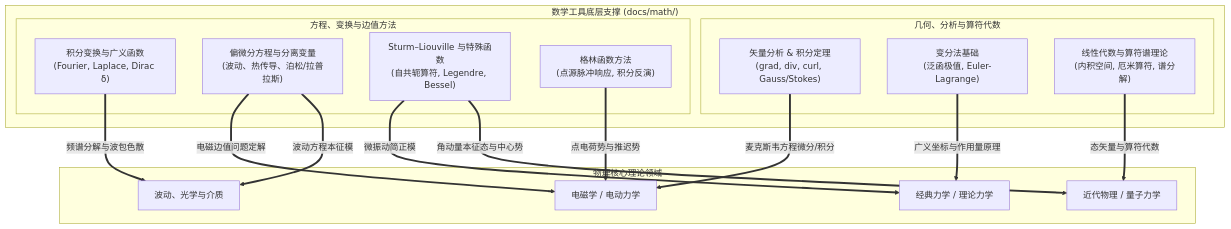
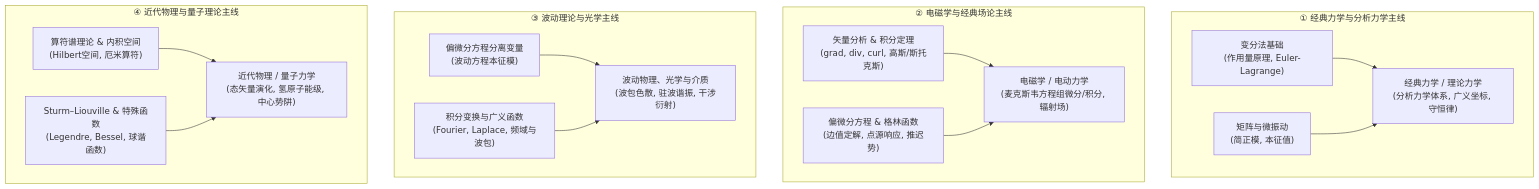
One commit to Physics-Learning-Wiki/Physics-Learning-Wiki changed the diagram in docs/math/index.md. Above: the diagram before and after it, drawn with Mermaid. The commit also changed 3 other files, not shown here.

Commit message:
feat(ui): 增加Mermaid图表响应式支持及滚动条样式

````diff
--- a/docs/math/index.md
+++ b/docs/math/index.md
@@ -22,34 +22,26 @@
 ```mermaid
 flowchart TD
-    subgraph MathCore ["数学工具底层支撑 (docs/math/)"]
-        subgraph Col1 ["几何、分析与算符代数"]
-            M1["矢量分析 & 积分定理<br/>(grad, div, curl, Gauss/Stokes)"]
-            M2["变分法基础<br/>(泛函极值, Euler-Lagrange)"]
-            M6["线性代数与算符谱理论<br/>(内积空间, 厄米算符, 谱分解)"]
-        end
-
-        subgraph Col2 ["方程、变换与边值方法"]
-            M3["积分变换与广义函数<br/>(Fourier, Laplace, Dirac δ)"]
-            M4["偏微分方程与分离变量<br/>(波动、热传导、泊松/拉普拉斯)"]
-            M5["Sturm–Liouville 与特殊函数<br/>(自共轭算符, Legendre, Bessel)"]
-            M7["格林函数方法<br/>(点源脉冲响应, 积分反演)"]
-        end
+    subgraph T1 ["① 经典力学与分析力学主线"]
+        direction LR
+        M1["变分法基础<br/>(作用量原理, Euler-Lagrange)"] --> P1["经典力学 / 理论力学<br/>(分析力学体系, 广义坐标, 守恒律)"]
+        M2["矩阵与微振动<br/>(简正模, 本征值)"] --> P1
     end
 
-    subgraph PhysicsCore ["物理核心理论领域"]
-        P1["经典力学 / 理论力学"]
-        P2["电磁学 / 电动力学"]
-        P3["波动、光学与介质"]
-        P4["近代物理 / 量子力学"]
+    subgraph T2 ["② 电磁学与经典场论主线"]
+        direction LR
+        M3["矢量分析 & 积分定理<br/>(grad, div, curl, 高斯/斯托克斯)"] --> P2["电磁学 / 电动力学<br/>(麦克斯韦方程组微分/积分, 辐射场)"]
+        M4["偏微分方程 & 格林函数<br/>(边值定解, 点源响应, 推迟势)"] --> P2
     end
 
-    M2 ==>|"广义坐标与作用量原理"| P1
-    M5 ==>|"微振动简正模"| P1
-    M1 ==>|"麦克斯韦方程微分/积分"| P2
-    M4 ==>|"电磁边值问题定解"| P2
-    M7 ==>|"点电荷势与推迟势"| P2
-    M3 ==>|"频谱分解与波包色散"| P3
-    M4 ==>|"波动方程本征模"| P3
-    M5 ==>|"角动量本征态与中心势"| P4
-    M6 ==>|"态矢量与算符代数"| P4
+    subgraph T3 ["③ 波动理论与光学主线"]
+        direction LR
+        M5["偏微分方程分离变量<br/>(波动方程本征模)"] --> P3["波动物理、光学与介质<br/>(波包色散, 驻波谐振, 干涉衍射)"]
+        M6["积分变换与广义函数<br/>(Fourier, Laplace, 频域与波包)"] --> P3
+    end
+
+    subgraph T4 ["④ 近代物理与量子理论主线"]
+        direction LR
+        M7["算符谱理论 & 内积空间<br/>(Hilbert空间, 厄米算符)"] --> P4["近代物理 / 量子力学<br/>(态矢量演化, 氢原子能级, 中心势阱)"]
+        M8["Sturm–Liouville & 特殊函数<br/>(Legendre, Bessel, 球谐函数)"] --> P4
+    end
 ```
````
